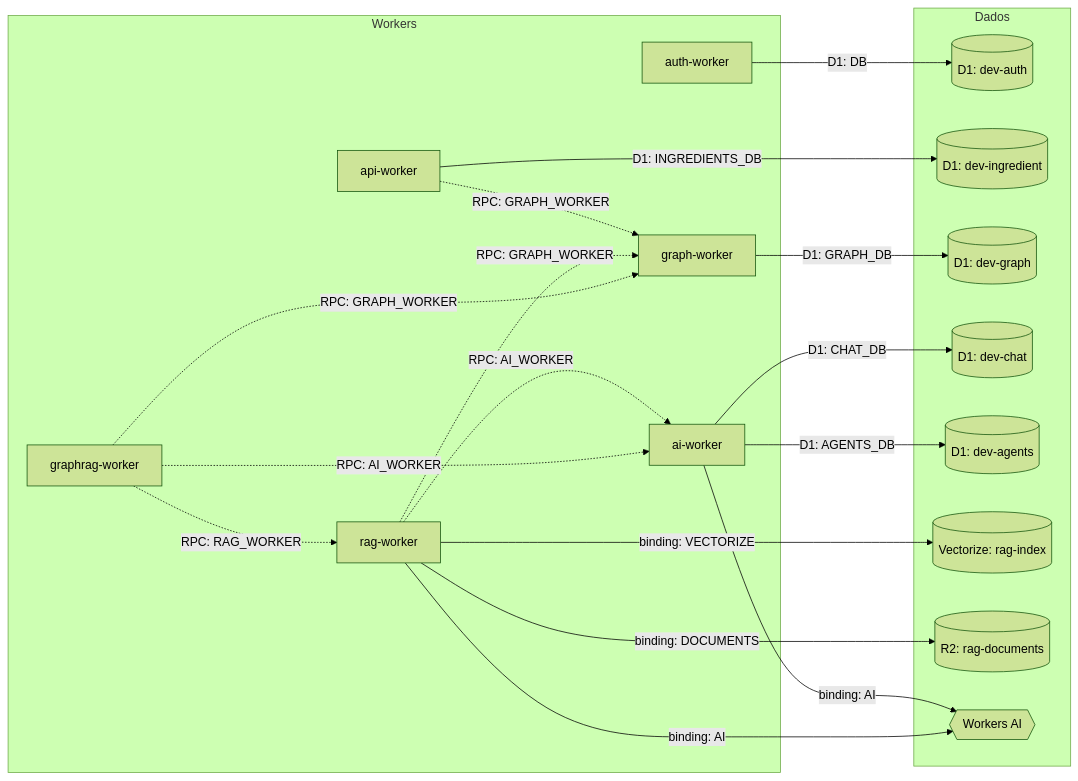
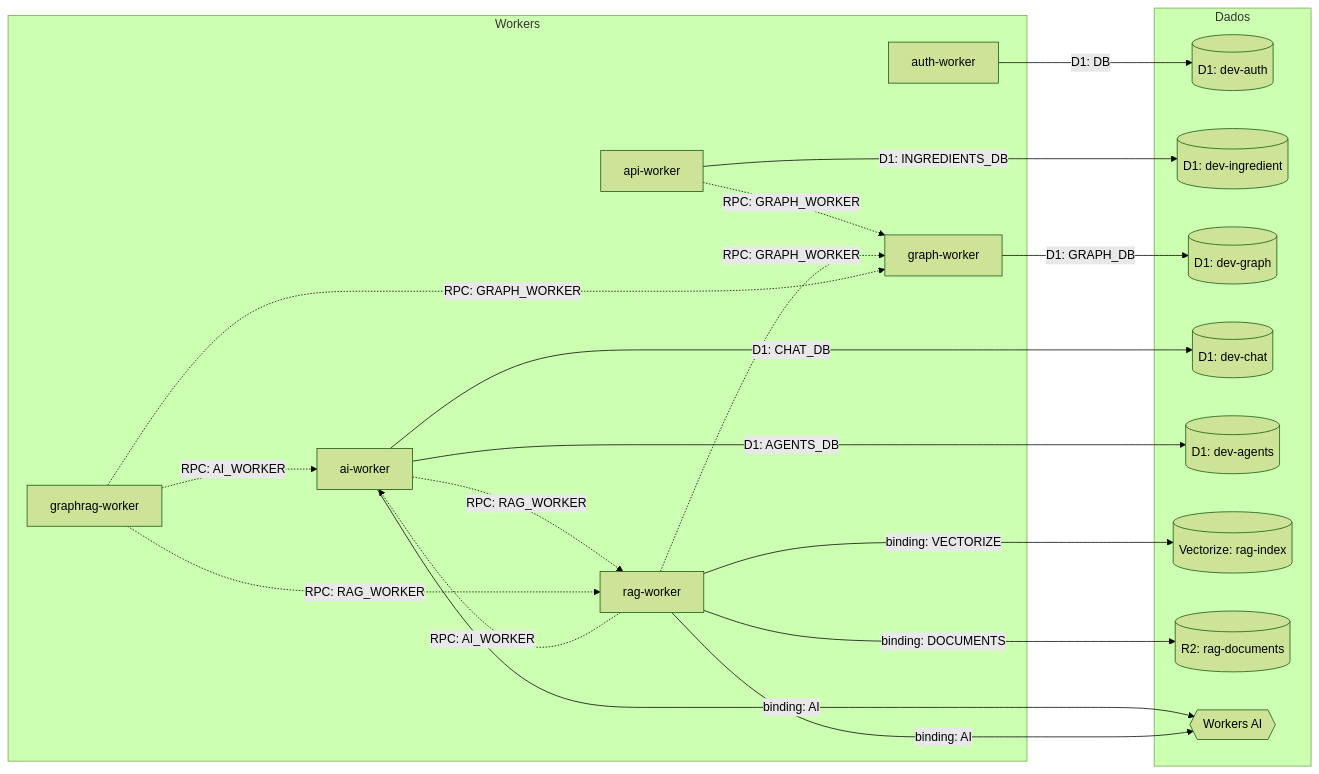
The diagram in docs/worker-diagram.md (0xHackerSpace/wrapper-api), drawn with Mermaid (forest theme) before and after one commit. The commit also changed other lines of this file and 6 other files, not shown here.

````diff
--- a/docs/worker-diagram.md
+++ b/docs/worker-diagram.md
@@ -5,39 +5,40 @@
 ```mermaid
 flowchart LR
     subgraph Workers
         api[api-worker]
         auth[auth-worker]
         ai[ai-worker]
         graphw[graph-worker]
         rag[rag-worker]
         graphrag[graphrag-worker]
     end
 
     subgraph Dados
         d1auth[(D1: dev-auth)]
         d1ingredient[(D1: dev-ingredient)]
         d1graph[(D1: dev-graph)]
         d1chat[(D1: dev-chat)]
         d1agents[(D1: dev-agents)]
         vectorize[(Vectorize: rag-index)]
         r2[(R2: rag-documents)]
         workersai{{Workers AI}}
     end
 
     api -->|D1: INGREDIENTS_DB| d1ingredient
     auth -->|D1: DB| d1auth
     graphw -->|D1: GRAPH_DB| d1graph
     ai -->|binding: AI| workersai
     ai -->|D1: CHAT_DB| d1chat
     ai -->|D1: AGENTS_DB| d1agents
     rag -->|binding: AI| workersai
     rag -->|binding: VECTORIZE| vectorize
     rag -->|binding: DOCUMENTS| r2
 
     api -.->|RPC: GRAPH_WORKER| graphw
     rag -.->|RPC: GRAPH_WORKER| graphw
     rag -.->|RPC: AI_WORKER| ai
+    ai -.->|RPC: RAG_WORKER| rag
     graphrag -.->|RPC: RAG_WORKER| rag
     graphrag -.->|RPC: GRAPH_WORKER| graphw
     graphrag -.->|RPC: AI_WORKER| ai
 ```
````
